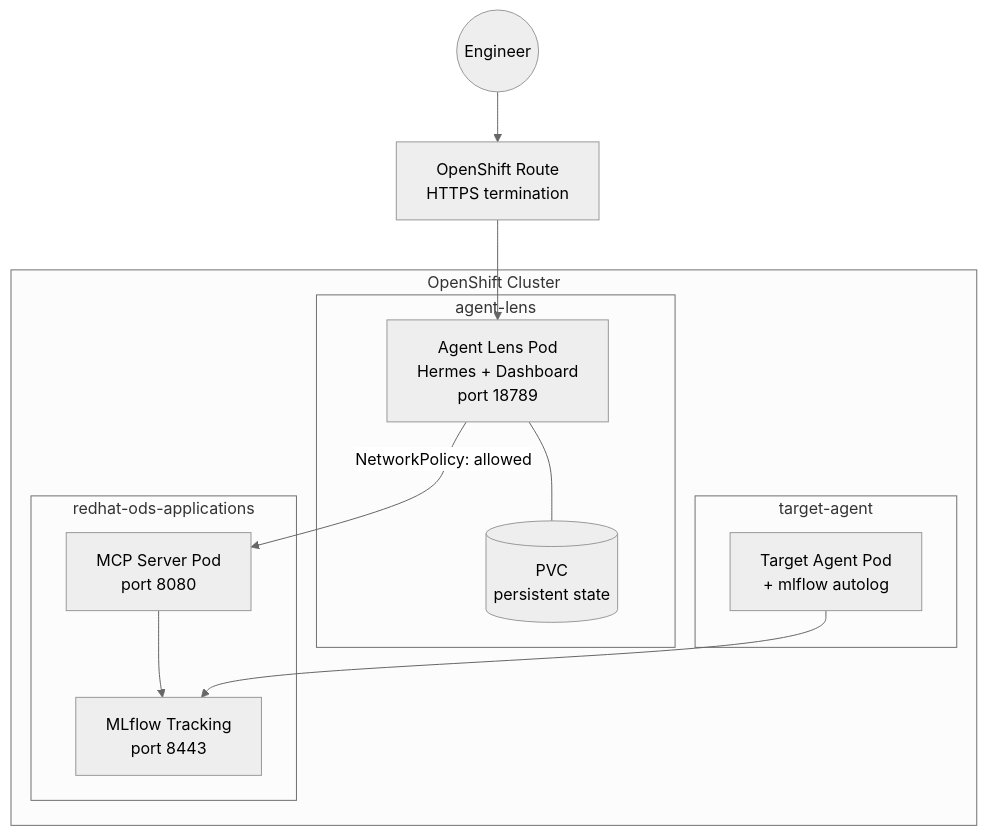
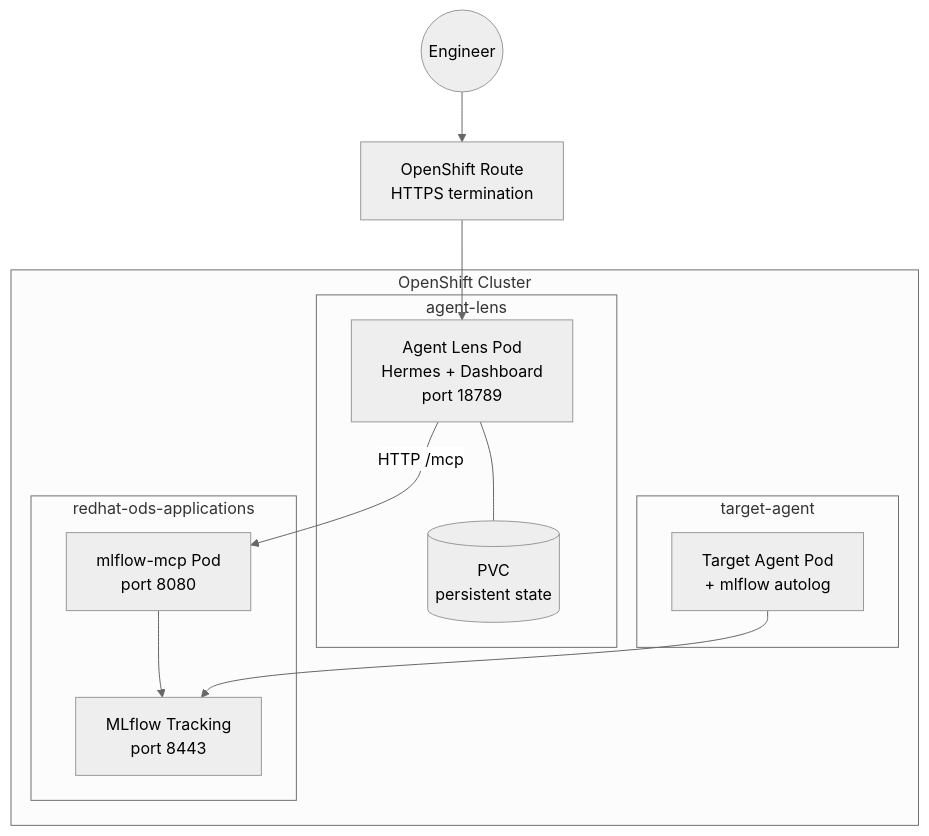
The fourth of 4 diagrams in docs/architecture.md (rrbanda/agent-lens), drawn with Mermaid before and after one commit. The commit also changed other lines of this file and 35 other files, not shown here.

First line of the commit message:
chore: official MLflow MCP only — prune FastMCP and fix product messaging

````diff
--- a/docs/architecture.md
+++ b/docs/architecture.md
@@ -152,27 +135,27 @@
 ```mermaid
 %%{init: {'theme': 'neutral'}}%%
 graph TB
     subgraph OpenShift Cluster
         subgraph ns1[agent-lens]
             AL[Agent Lens Pod<br/>Hermes + Dashboard<br/>port 18789]
             PVC[(PVC<br/>persistent state)]
             AL --- PVC
         end
 
         subgraph ns2[redhat-ods-applications]
-            MCP_POD[MCP Server Pod<br/>port 8080]
+            MCP_POD[mlflow-mcp Pod<br/>port 8080]
             MLF[MLflow Tracking<br/>port 8443]
             MCP_POD --> MLF
         end
 
         subgraph ns3[target-agent]
             TA[Target Agent Pod<br/>+ mlflow autolog]
             TA --> MLF
         end
 
-        AL -->|NetworkPolicy: allowed| MCP_POD
+        AL -->|HTTP /mcp| MCP_POD
     end
 
     Route[OpenShift Route<br/>HTTPS termination] --> AL
     User((Engineer)) --> Route
 ```
````
